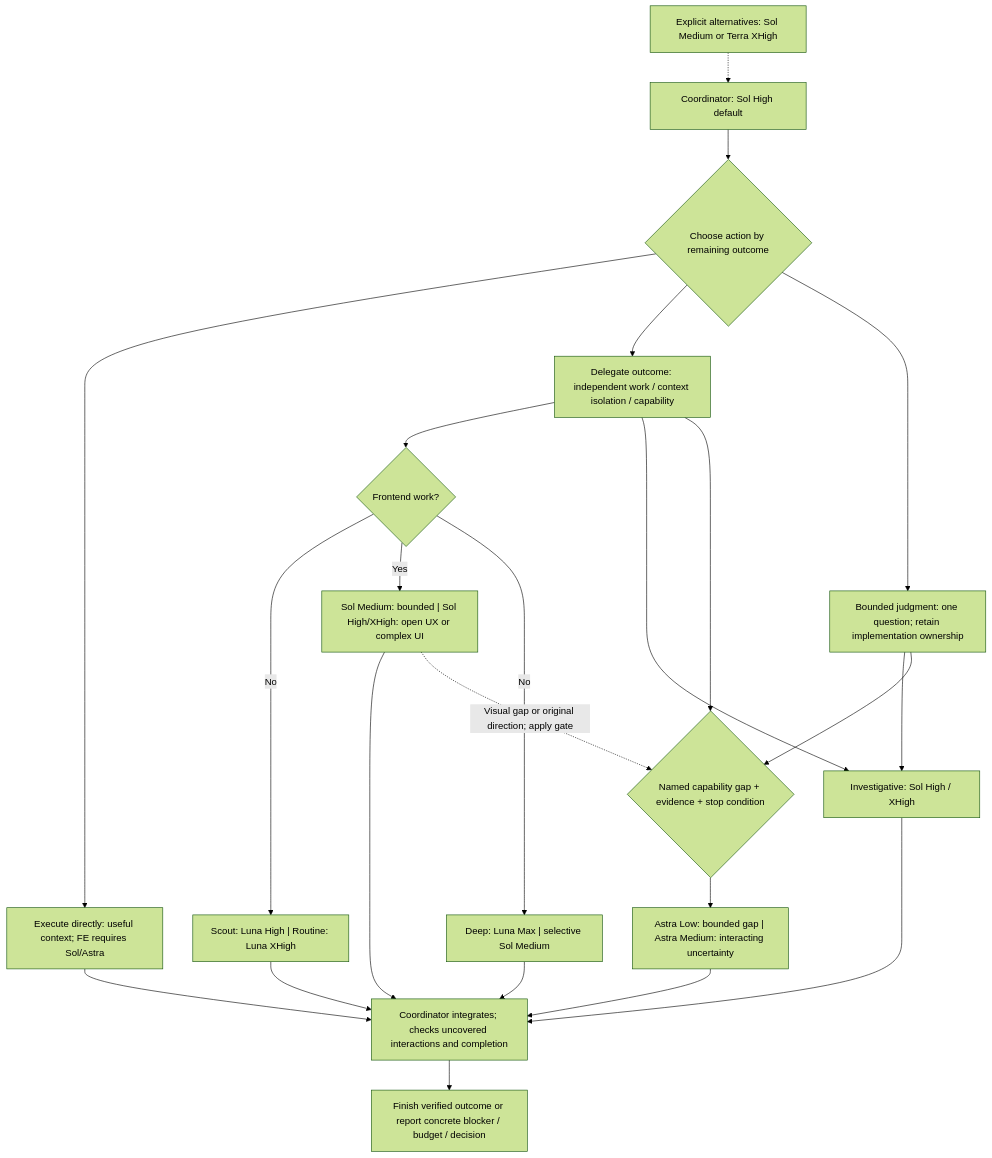
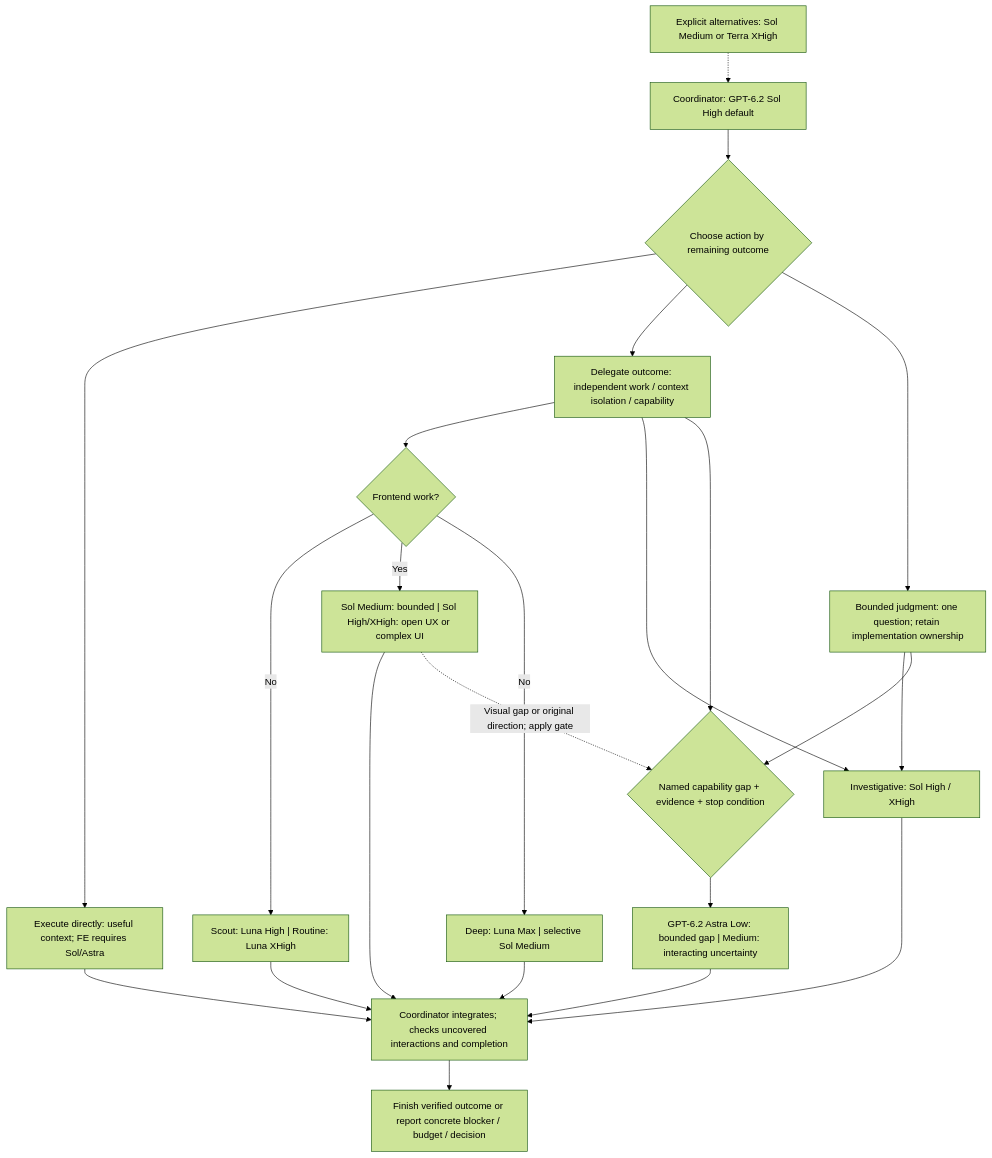
Before and after one commit to abangkis/goblin-mini-astra: the diagram in README.md, drawn with Mermaid (forest theme). The commit also changed other lines of this file and 4 other files, not shown here.

Commit message:
Release v12 with GPT-6.2 Sol and Astra routing

````diff
--- a/README.md
+++ b/README.md
@@ -38,25 +40,25 @@
 ```mermaid
 flowchart TD
-    C["Coordinator: Sol High default"] --> A{"Choose action by remaining outcome"}
+    C["Coordinator: GPT-6.2 Sol High default"] --> A{"Choose action by remaining outcome"}
     P["Explicit alternatives: Sol Medium or Terra XHigh"] -.-> C
     A --> D["Execute directly: useful context; FE requires Sol/Astra"]
     A --> W["Delegate outcome: independent work / context isolation / capability"]
     A --> J["Bounded judgment: one question; retain implementation ownership"]
     W --> T{"Frontend work?"}
     T -->|No| L["Scout: Luna High | Routine: Luna XHigh"]
     T -->|Yes| FE["Sol Medium: bounded | Sol High/XHigh: open UX or complex UI"]
     FE --> V
     FE -.->|Visual gap or original direction; apply gate| G
     T -->|No| B["Deep: Luna Max | selective Sol Medium"]
     W --> I["Investigative: Sol High / XHigh"]
     J --> I
     W --> G{"Named capability gap + evidence + stop condition"}
     J --> G
-    G --> E["Astra Low: bounded gap | Astra Medium: interacting uncertainty"]
+    G --> E["GPT-6.2 Astra Low: bounded gap | Medium: interacting uncertainty"]
     D --> V["Coordinator integrates; checks uncovered interactions and completion"]
     L --> V
     B --> V
     I --> V
     E --> V
     V --> F["Finish verified outcome or report concrete blocker / budget / decision"]
 ```
````
